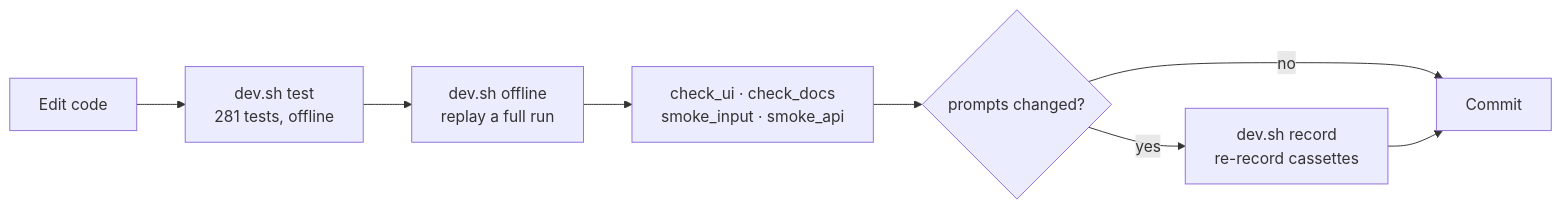
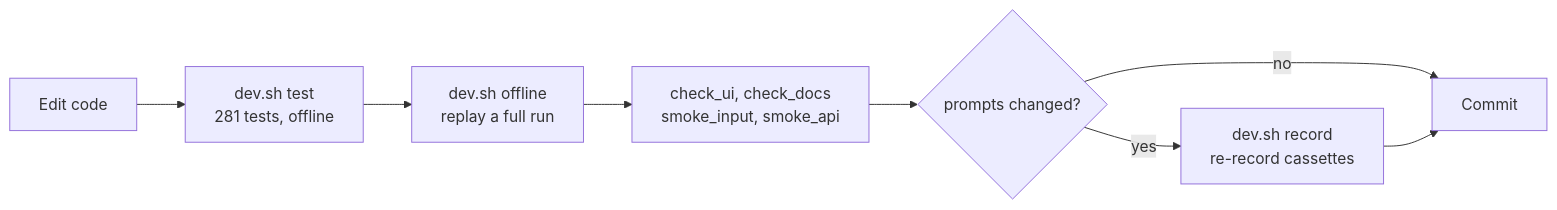
Before and after one commit to Raviteja-Ainampudi/schema_field_mapper: the seventh of 7 diagrams in docs/PIPELINE.md, drawn with Mermaid. The commit also changed other lines of this file and 9 other files, not shown here.

First line of the commit message:
Refactor and enhance documentation for schema mapping tool

````diff
--- a/docs/PIPELINE.md
+++ b/docs/PIPELINE.md
@@ -194,10 +194,10 @@
 ```mermaid
 flowchart LR
     edit["Edit code"] --> tests["dev.sh test<br/>281 tests, offline"]
     tests --> offline["dev.sh offline<br/>replay a full run"]
-    offline --> checks["check_ui · check_docs<br/>smoke_input · smoke_api"]
+    offline --> checks["check_ui, check_docs<br/>smoke_input, smoke_api"]
     checks --> live{"prompts changed?"}
     live -->|"yes"| record["dev.sh record<br/>re-record cassettes"]
     live -->|"no"| commit["Commit"]
     record --> commit
 ```
````
